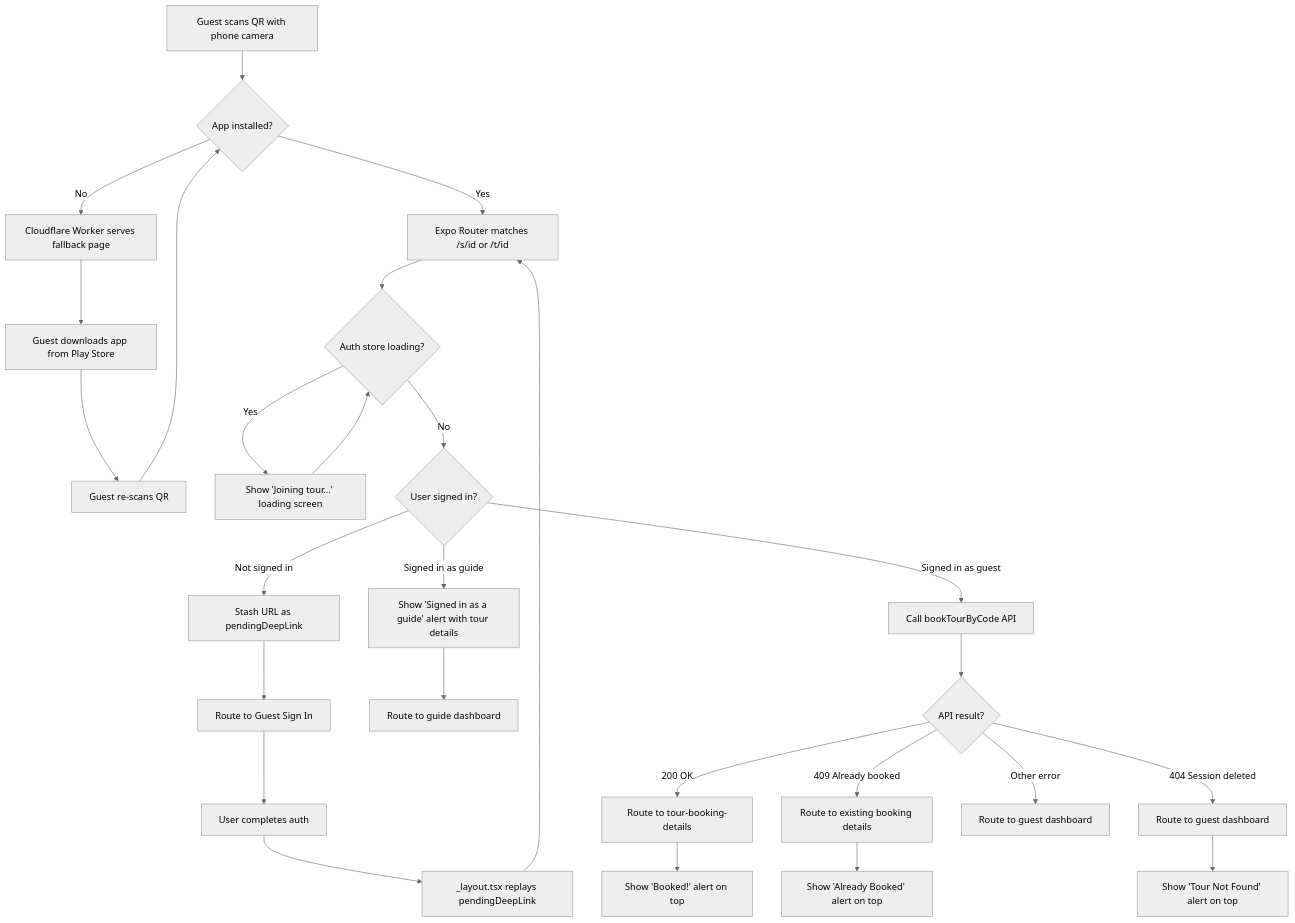
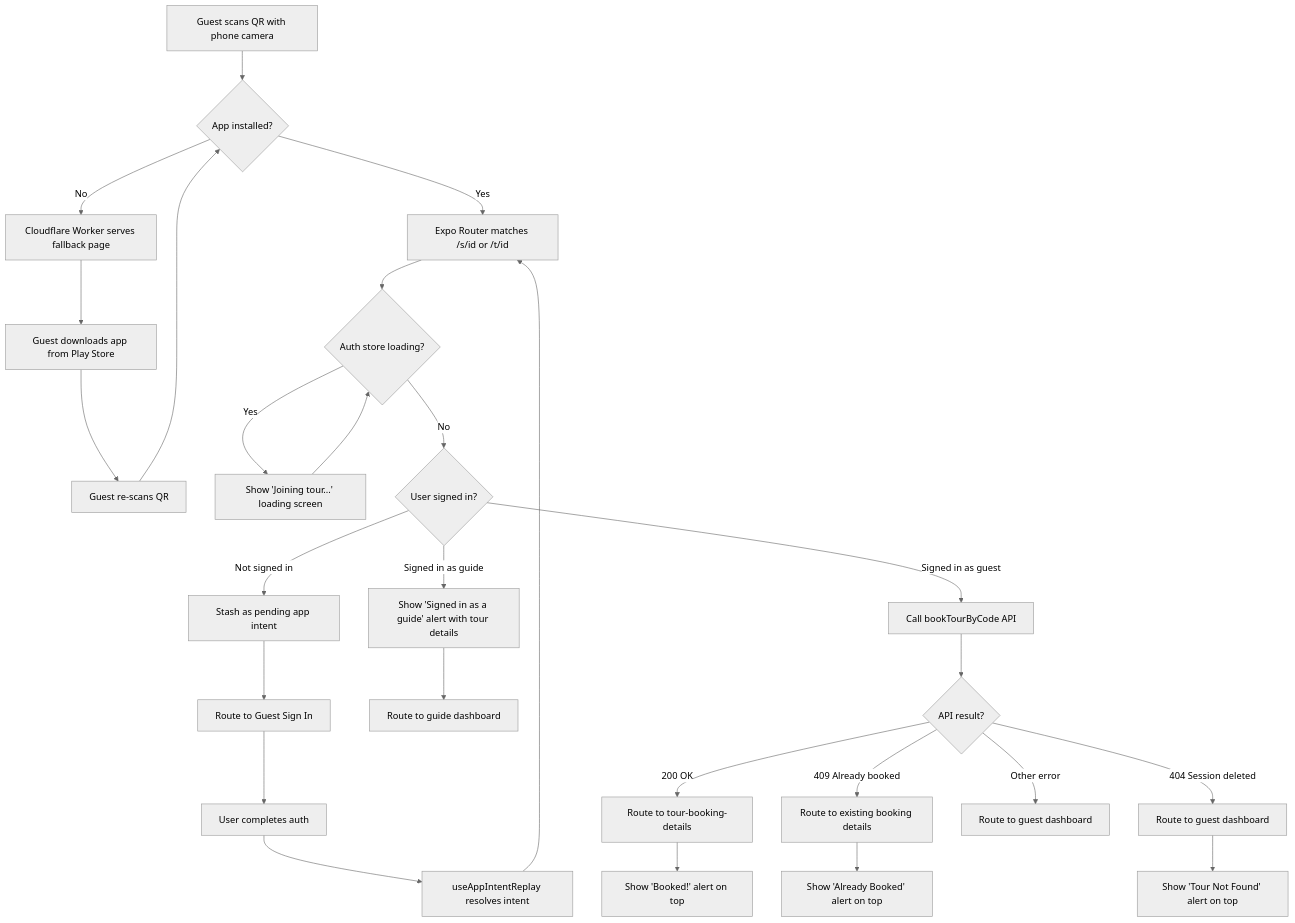
One commit to wariya-placehub/triptoe-docs changed the first of 3 diagrams in 9b_feature_tour_joining_flow.md. Above: the diagram before and after it, drawn with Mermaid (neutral theme). The commit also changed other lines of this file and 3 other files, not shown here.

````diff
--- a/9b_feature_tour_joining_flow.md
+++ b/9b_feature_tour_joining_flow.md
@@ -28,40 +28,40 @@
 ```mermaid
 flowchart TD
     SCAN[Guest scans QR with phone camera] --> INSTALLED{App installed?}
 
     INSTALLED -->|No| WORKER[Cloudflare Worker serves fallback page]
     WORKER --> DOWNLOAD[Guest downloads app from Play Store]
     DOWNLOAD --> RESCAN[Guest re-scans QR]
     RESCAN --> INSTALLED
 
     INSTALLED -->|Yes| ROUTER[Expo Router matches /s/id or /t/id]
     ROUTER --> AUTH_LOADING{Auth store loading?}
 
     AUTH_LOADING -->|Yes| WAIT[Show 'Joining tour...' loading screen]
     WAIT --> AUTH_LOADING
 
     AUTH_LOADING -->|No| AUTH{User signed in?}
 
-    AUTH -->|Not signed in| STASH[Stash URL as pendingDeepLink]
+    AUTH -->|Not signed in| STASH[Stash as pending app intent]
     STASH --> SIGNIN[Route to Guest Sign In]
     SIGNIN --> LOGIN_COMPLETE[User completes auth]
-    LOGIN_COMPLETE --> REPLAY[_layout.tsx replays pendingDeepLink]
+    LOGIN_COMPLETE --> REPLAY[useAppIntentReplay resolves intent]
     REPLAY --> ROUTER
 
     AUTH -->|Signed in as guide| GUIDE_ALERT[Show 'Signed in as a guide' alert with tour details]
     GUIDE_ALERT --> GUIDE_DASH[Route to guide dashboard]
 
     AUTH -->|Signed in as guest| BOOK_API[Call bookTourByCode API]
 
     BOOK_API --> SUCCESS{API result?}
     SUCCESS -->|200 OK| DETAILS[Route to tour-booking-details]
     DETAILS --> CONFIRM[Show 'Booked!' alert on top]
 
     SUCCESS -->|409 Already booked| EXISTING[Route to existing booking details]
     EXISTING --> ALREADY[Show 'Already Booked' alert on top]
 
     SUCCESS -->|404 Session deleted| GUEST_DASH[Route to guest dashboard]
     GUEST_DASH --> NOT_FOUND[Show 'Tour Not Found' alert on top]
 
     SUCCESS -->|Other error| FALLBACK[Route to guest dashboard]
 ```
````
